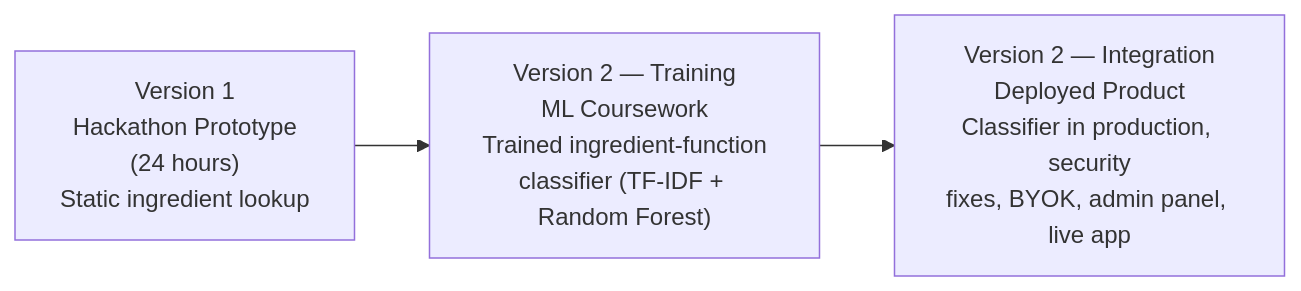
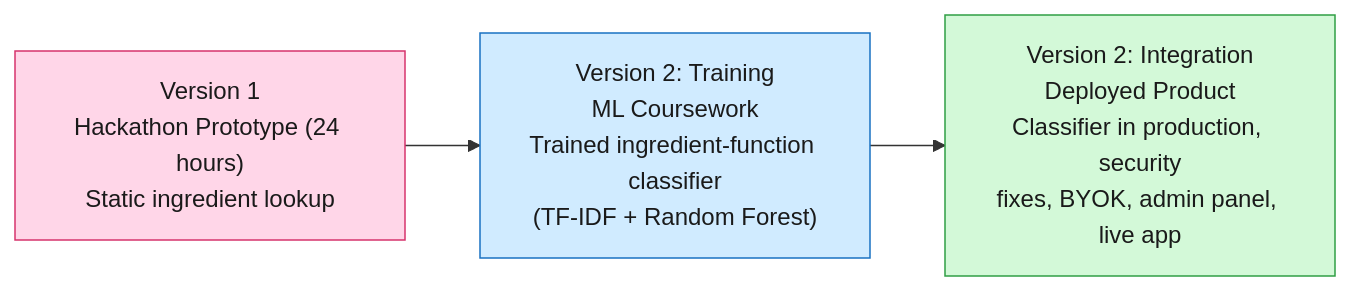
One commit to rishindra-mateti-tech/Brainstrom.exe-HACKATHON- changed the diagram in README.md. Above: the diagram before and after it, drawn with Mermaid. The commit also changed other lines of this file and 2 other files, not shown here.

First line of the commit message:
Polish READMEs: drop em dashes, remove credits/uptime note from root, color flowchart

````diff
--- a/README.md
+++ b/README.md
@@ -8,8 +8,12 @@
 ```mermaid
 flowchart LR
-    V1["Version 1\nHackathon Prototype\n(24 hours)\nStatic ingredient lookup"]
-    V2["Version 2 — Training\nML Coursework\nTrained ingredient-function\nclassifier (TF-IDF + Random Forest)"]
-    INT["Version 2 — Integration\nDeployed Product\nClassifier in production, security\nfixes, BYOK, admin panel, live app"]
+    V1["Version 1\nHackathon Prototype (24 hours)\nStatic ingredient lookup"]
+    V2["Version 2: Training\nML Coursework\nTrained ingredient-function classifier\n(TF-IDF + Random Forest)"]
+    INT["Version 2: Integration\nDeployed Product\nClassifier in production, security\nfixes, BYOK, admin panel, live app"]
 
     V1 --> V2 --> INT
+
+    style V1 fill:#ffd6e8,stroke:#d6336c,color:#1a1a1a
+    style V2 fill:#d0ebff,stroke:#1971c2,color:#1a1a1a
+    style INT fill:#d3f9d8,stroke:#2f9e44,color:#1a1a1a
 ```
````
